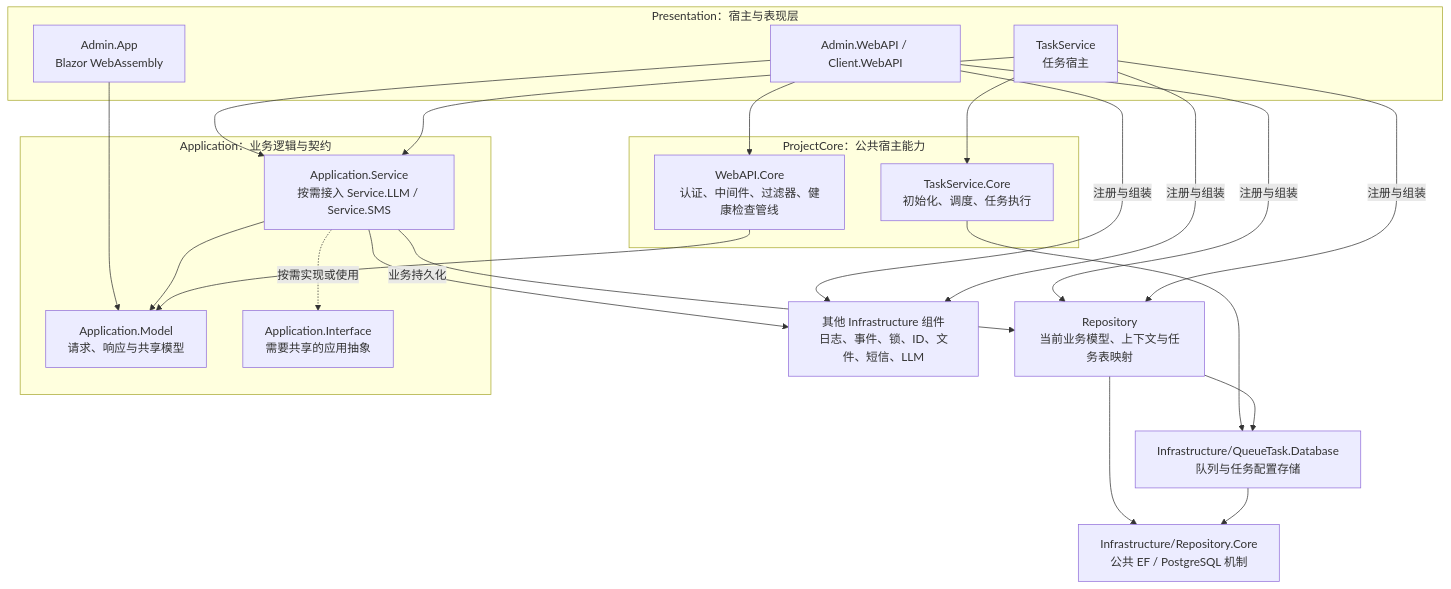
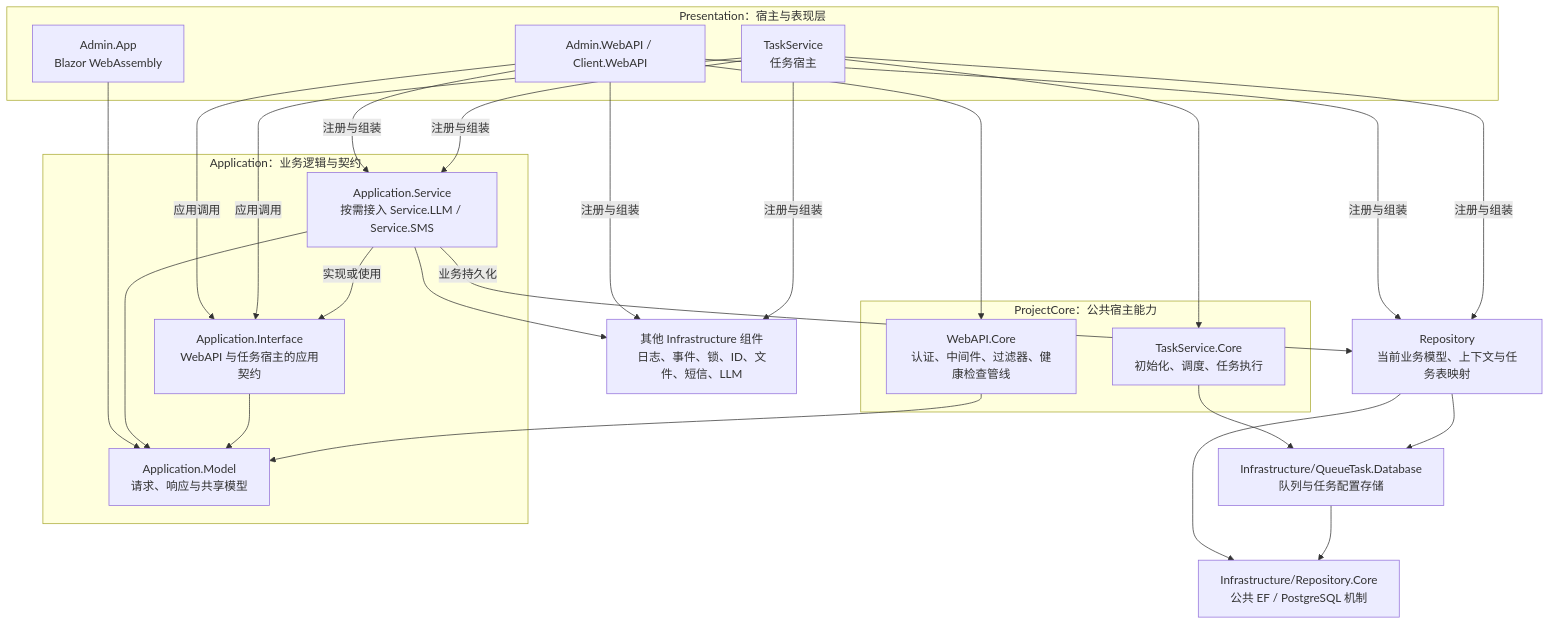
One commit to dashiell-zhang/NetEngine changed the first of 12 diagrams in Docs/ArchitectureDiagrams.md. Above: the diagram before and after it, drawn with Mermaid. The commit also changed other lines of this file and 93 other files, not shown here.

````diff
--- a/Docs/ArchitectureDiagrams.md
+++ b/Docs/ArchitectureDiagrams.md
@@ -11,43 +11,46 @@
 ```mermaid
 flowchart TB
     subgraph Presentation["Presentation：宿主与表现层"]
         AdminUI["Admin.App<br/>Blazor WebAssembly"]
         APIs["Admin.WebAPI / Client.WebAPI"]
         WorkerHost["TaskService<br/>任务宿主"]
     end
 
     subgraph ProjectCore["ProjectCore：公共宿主能力"]
         WebCore["WebAPI.Core<br/>认证、中间件、过滤器、健康检查管线"]
         TaskCore["TaskService.Core<br/>初始化、调度、任务执行"]
     end
 
     subgraph Application["Application：业务逻辑与契约"]
         AppServices["Application.Service<br/>按需接入 Service.LLM / Service.SMS"]
         Models["Application.Model<br/>请求、响应与共享模型"]
-        Contracts["Application.Interface<br/>需要共享的应用抽象"]
+        Contracts["Application.Interface<br/>WebAPI 与任务宿主的应用契约"]
     end
 
     Repo["Repository<br/>当前业务模型、上下文与任务表映射"]
     Queue["Infrastructure/QueueTask.Database<br/>队列与任务配置存储"]
     DbCore["Infrastructure/Repository.Core<br/>公共 EF / PostgreSQL 机制"]
     Infra["其他 Infrastructure 组件<br/>日志、事件、锁、ID、文件、短信、LLM"]
 
     AdminUI --> Models
     APIs --> WebCore
-    APIs --> AppServices
+    APIs -->|应用调用| Contracts
+    APIs -->|注册与组装| AppServices
     WorkerHost --> TaskCore
-    WorkerHost --> AppServices
+    WorkerHost -->|应用调用| Contracts
+    WorkerHost -->|注册与组装| AppServices
     APIs -->|注册与组装| Repo
     APIs -->|注册与组装| Infra
     WorkerHost -->|注册与组装| Repo
     WorkerHost -->|注册与组装| Infra
     AppServices -->|业务持久化| Repo
     AppServices --> Models
-    AppServices -.->|按需实现或使用| Contracts
+    AppServices -->|实现或使用| Contracts
+    Contracts --> Models
     AppServices --> Infra
     WebCore --> Models
     TaskCore --> Queue
     Repo --> Queue
     Repo --> DbCore
     Queue --> DbCore
 ```
````
